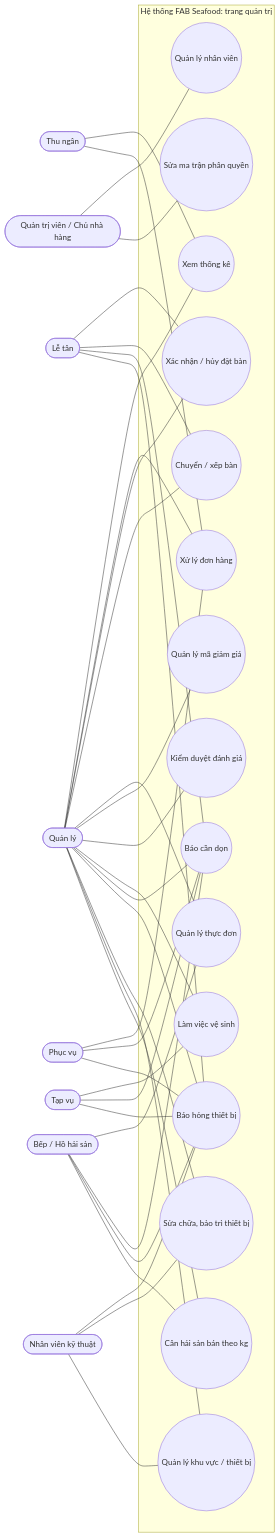
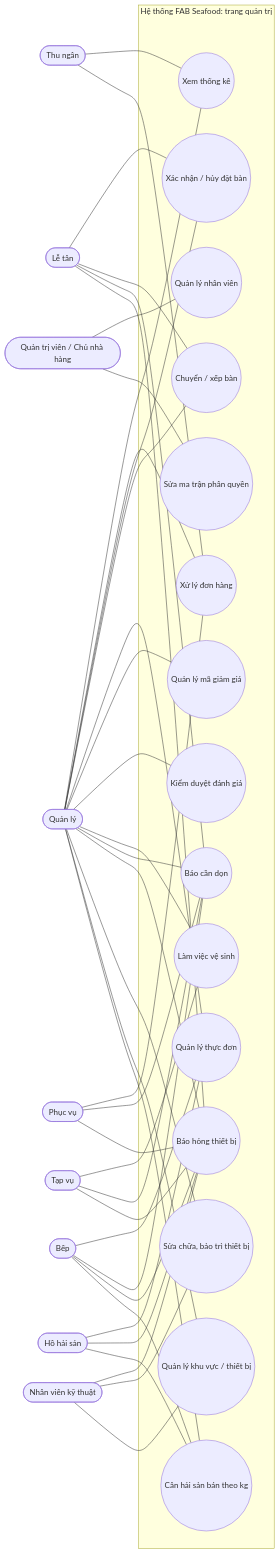
Before and after one commit to vodinhnguu/fab-restaurant: the third of 22 diagrams in docs/17-tu-lieu-viet-bao-cao.md, drawn with Mermaid. The commit also changed other lines of this file and 113 other files, not shown here.

First line of the commit message:
Tồn hồ hải sản, kiểm bia nước, quản lý trên app; thu ngân review bill, bếp báo xong; đổi tên Ngưu Quán

````diff
--- a/docs/17-tu-lieu-viet-bao-cao.md
+++ b/docs/17-tu-lieu-viet-bao-cao.md
@@ -387,39 +510,41 @@
 ```mermaid
 flowchart LR
     QL([Quản lý])
     LT([Lễ tân])
     TN([Thu ngân])
     PV([Phục vụ])
-    BEP([Bếp / Hồ hải sản])
+    BEP([Bếp])
+    HHS([Hồ hải sản])
     TV([Tạp vụ])
     KT([Nhân viên kỹ thuật])
     QTV([Quản trị viên / Chủ nhà hàng])
 
     subgraph HT[Hệ thống FAB Seafood: trang quản trị]
       A1((Xem thống kê))
       A2((Xử lý đơn hàng))
       A3((Xác nhận / hủy đặt bàn))
       A4((Chuyển / xếp bàn))
       A5((Quản lý thực đơn))
       A6((Quản lý mã giảm giá))
       A7((Kiểm duyệt đánh giá))
       A8((Quản lý nhân viên))
       A9((Sửa ma trận phân quyền))
       A10((Làm việc vệ sinh))
       A11((Báo cần dọn))
       A12((Báo hỏng thiết bị))
       A13((Sửa chữa, bảo trì thiết bị))
       A14((Quản lý khu vực / thiết bị))
       A15((Cân hải sản bán theo kg))
     end
 
     QL --- A1 & A2 & A3 & A4 & A5 & A6 & A7
     QL --- A10 & A11 & A12 & A13 & A14 & A15
     LT --- A3 & A4 & A11 & A12
     TN --- A1 & A2
     PV --- A2 & A11 & A12
     BEP --- A5 & A11 & A12 & A15
+    HHS --- A5 & A12 & A15
     TV --- A10 & A11 & A12
     KT --- A12 & A13 & A14
     QTV --- A8 & A9
 ```
````
